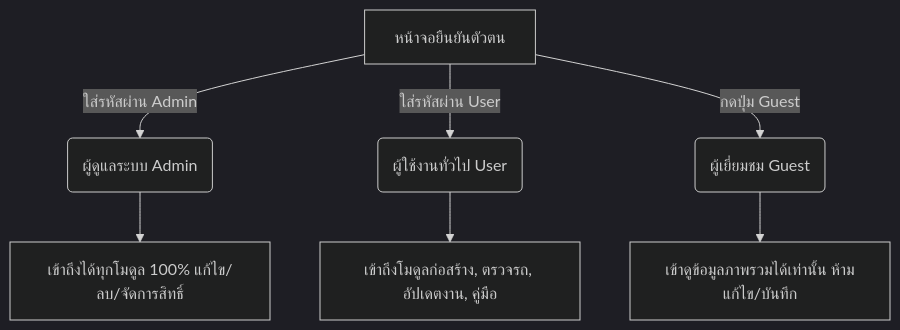
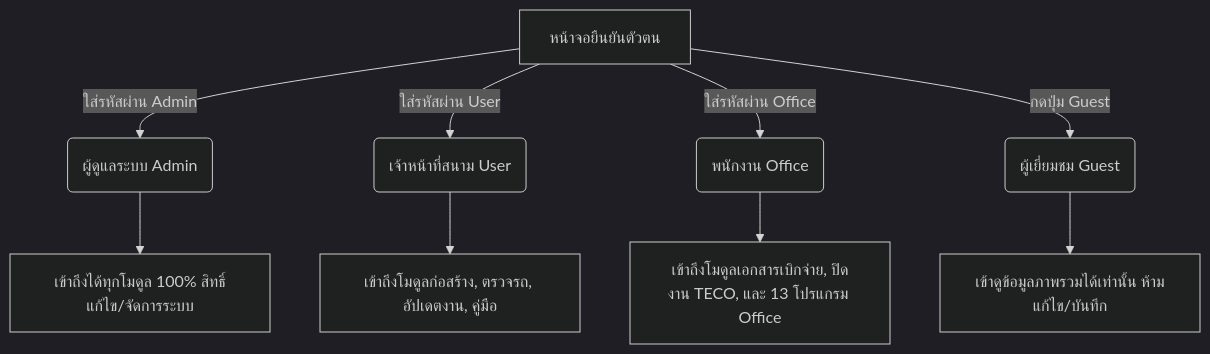
One commit to superninkub-cloud/pea-construction-app changed the first of 2 diagrams in PEA_CONSTRUCTION_APP_USER_MANUAL.md. Above: the diagram before and after it, drawn with Mermaid (dark theme). The commit also changed other lines of this file and 8 other files, not shown here.

````diff
--- a/PEA_CONSTRUCTION_APP_USER_MANUAL.md
+++ b/PEA_CONSTRUCTION_APP_USER_MANUAL.md
@@ -87,10 +87,12 @@
 ```mermaid
 graph TD
     A[หน้าจอยืนยันตัวตน] -->|ใส่รหัสผ่าน Admin| B(ผู้ดูแลระบบ Admin)
-    A -->|ใส่รหัสผ่าน User| C(ผู้ใช้งานทั่วไป User)
-    A -->|กดปุ่ม Guest| D(ผู้เยี่ยมชม Guest)
+    A -->|ใส่รหัสผ่าน User| C(เจ้าหน้าที่สนาม User)
+    A -->|ใส่รหัสผ่าน Office| D(พนักงาน Office)
+    A -->|กดปุ่ม Guest| E(ผู้เยี่ยมชม Guest)
     
-    B --> E[เข้าถึงได้ทุกโมดูล 100% แก้ไข/ลบ/จัดการสิทธิ์]
-    C --> F[เข้าถึงโมดูลก่อสร้าง, ตรวจรถ, อัปเดตงาน, คู่มือ]
-    D --> G[เข้าดูข้อมูลภาพรวมได้เท่านั้น ห้ามแก้ไข/บันทึก]
+    B --> F[เข้าถึงได้ทุกโมดูล 100% สิทธิ์แก้ไข/จัดการระบบ]
+    C --> G[เข้าถึงโมดูลก่อสร้าง, ตรวจรถ, อัปเดตงาน, คู่มือ]
+    D --> H[เข้าถึงโมดูลเอกสารเบิกจ่าย, ปิดงาน TECO, และ 13 โปรแกรม Office]
+    E --> I[เข้าดูข้อมูลภาพรวมได้เท่านั้น ห้ามแก้ไข/บันทึก]
 ```
````
